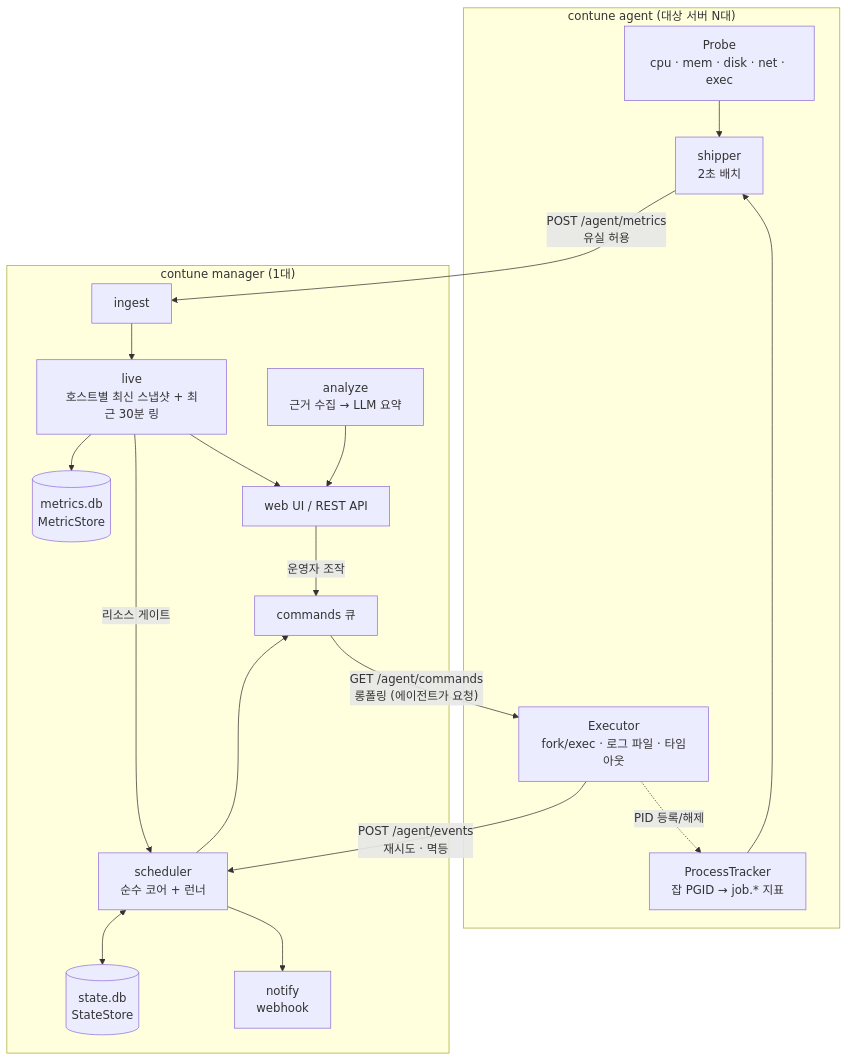
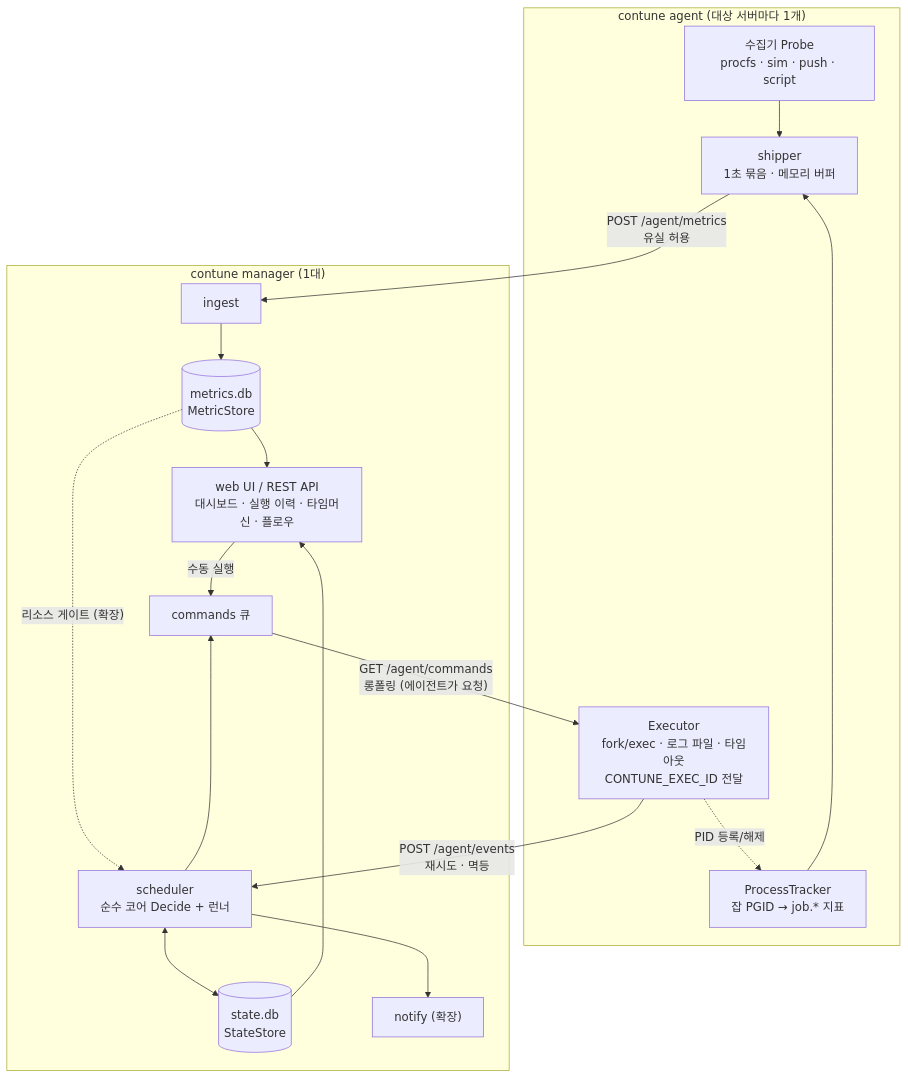
The first of 3 diagrams in docs/02-mvp-architecture.md (bulletgirls/contune), drawn with Mermaid before and after one commit. The commit also changed other lines of this file and 3 other files, not shown here.

````diff
--- a/docs/02-mvp-architecture.md
+++ b/docs/02-mvp-architecture.md
@@ -29,35 +50,32 @@
 ```mermaid
 flowchart TB
-  subgraph AG["contune agent (대상 서버 N대)"]
-    P["Probe<br/>cpu · mem · disk · net · exec"]
+  subgraph AG["contune agent (대상 서버마다 1개)"]
+    P["수집기 Probe<br/>procfs · sim · push · script"]
     T["ProcessTracker<br/>잡 PGID → job.* 지표"]
-    S["shipper<br/>2초 배치"]
-    E["Executor<br/>fork/exec · 로그 파일 · 타임아웃"]
+    S["shipper<br/>1초 묶음 · 메모리 버퍼"]
+    E["Executor<br/>fork/exec · 로그 파일 · 타임아웃<br/>CONTUNE_EXEC_ID 전달"]
     P --> S
     T --> S
     E -.->|PID 등록/해제| T
   end
   subgraph MG["contune manager (1대)"]
     I["ingest"]
-    L["live<br/>호스트별 최신 스냅샷 + 최근 30분 링"]
     MS[("metrics.db<br/>MetricStore")]
     SS[("state.db<br/>StateStore")]
-    SC["scheduler<br/>순수 코어 + 런너"]
+    SC["scheduler<br/>순수 코어 Decide + 런너"]
     Q["commands 큐"]
-    W["web UI / REST API"]
-    AN["analyze<br/>근거 수집 → LLM 요약"]
-    N["notify<br/>webhook"]
-    I --> L
-    L --> MS
-    L --> W
-    L -- "리소스 게이트" --> SC
+    W["web UI / REST API<br/>대시보드 · 실행 이력 · 타임머신 · 플로우"]
+    N["notify (확장)"]
+    I --> MS
+    MS --> W
+    SS --> W
+    MS -.->|"리소스 게이트 (확장)"| SC
     SC <--> SS
     SC --> Q
     SC --> N
-    W -- "운영자 조작" --> Q
-    AN --> W
+    W -- "수동 실행" --> Q
   end
   S -- "POST /agent/metrics<br/>유실 허용" --> I
   E -- "POST /agent/events<br/>재시도 · 멱등" --> SC
   Q -- "GET /agent/commands<br/>롱폴링 (에이전트가 요청)" --> E
 ```
````
